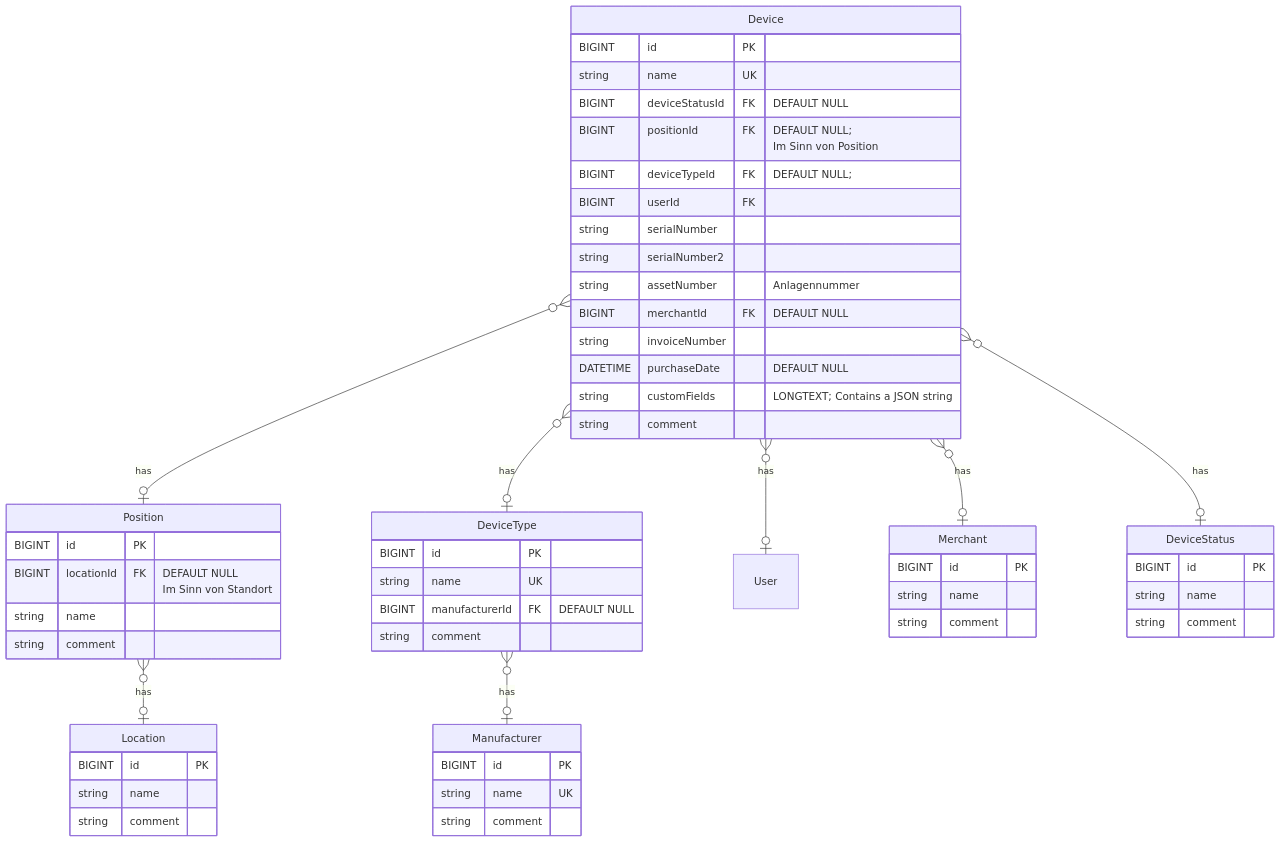
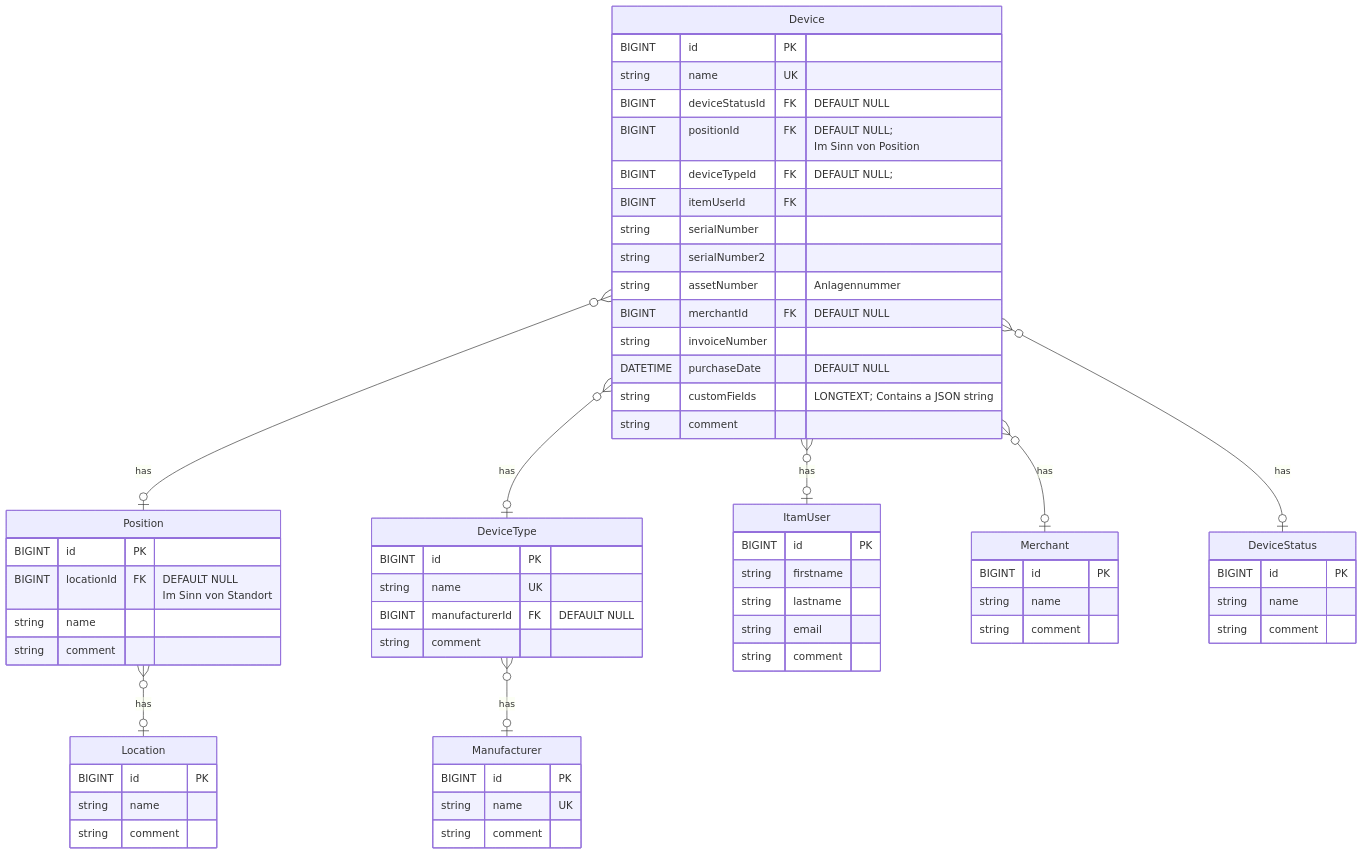
One commit to sfxon/SfxonItam changed the diagram in README.md. Above: the diagram before and after it, drawn with Mermaid. The commit also changed other lines of this file and 21 other files, not shown here.

Commit message:
Add itamUser migration, entity, editor and list views and replace the nextcloud user entity used in device with the nuew ItamUser entity.

````diff
--- a/README.md
+++ b/README.md
@@ -311,65 +311,73 @@
 ```mermaid
 erDiagram
     Device }o--o| Position : has
     Device }o--o| DeviceType : has
-    Device }o--o| User : has
+    Device }o--o| ItamUser : has
     Device }o--o| Merchant : has
     Device }o--o| DeviceStatus : has
     Position }o--o| Location : has
     DeviceType }o--o| Manufacturer : has
 
     Device {
         BIGINT id PK
         string name UK
         BIGINT deviceStatusId FK "DEFAULT NULL"
         BIGINT positionId FK "DEFAULT NULL;<br>Im Sinn von Position"
         BIGINT deviceTypeId FK "DEFAULT NULL;"
-        BIGINT userId FK
+        BIGINT itemUserId FK
         string serialNumber
         string serialNumber2
         string assetNumber "Anlagennummer"
         BIGINT merchantId FK "DEFAULT NULL"
         string invoiceNumber
         DATETIME purchaseDate "DEFAULT NULL"
         string customFields "LONGTEXT; Contains a JSON string"
         string comment
     }
 
     DeviceStatus {
         BIGINT id PK
         string name
         string comment
     }
 
     Location {
         BIGINT id PK
         string name
         string comment
     }
 
     Position {
         BIGINT id PK
         BIGINT locationId FK "DEFAULT NULL<br>Im Sinn von Standort"
         string name
         string comment
     }
 
     DeviceType {
         BIGINT id PK
         string name UK
         BIGINT manufacturerId FK "DEFAULT NULL"
         string comment
     }
 
+    ItamUser {
+        BIGINT id PK
+        string firstname
+        string lastname
+        string email
+        string comment
+    }
+
     Manufacturer {
         BIGINT id PK
         string name UK
         string comment
     }
 
     Merchant {
         BIGINT id PK
         string name
         string comment
     }
 ```
````
